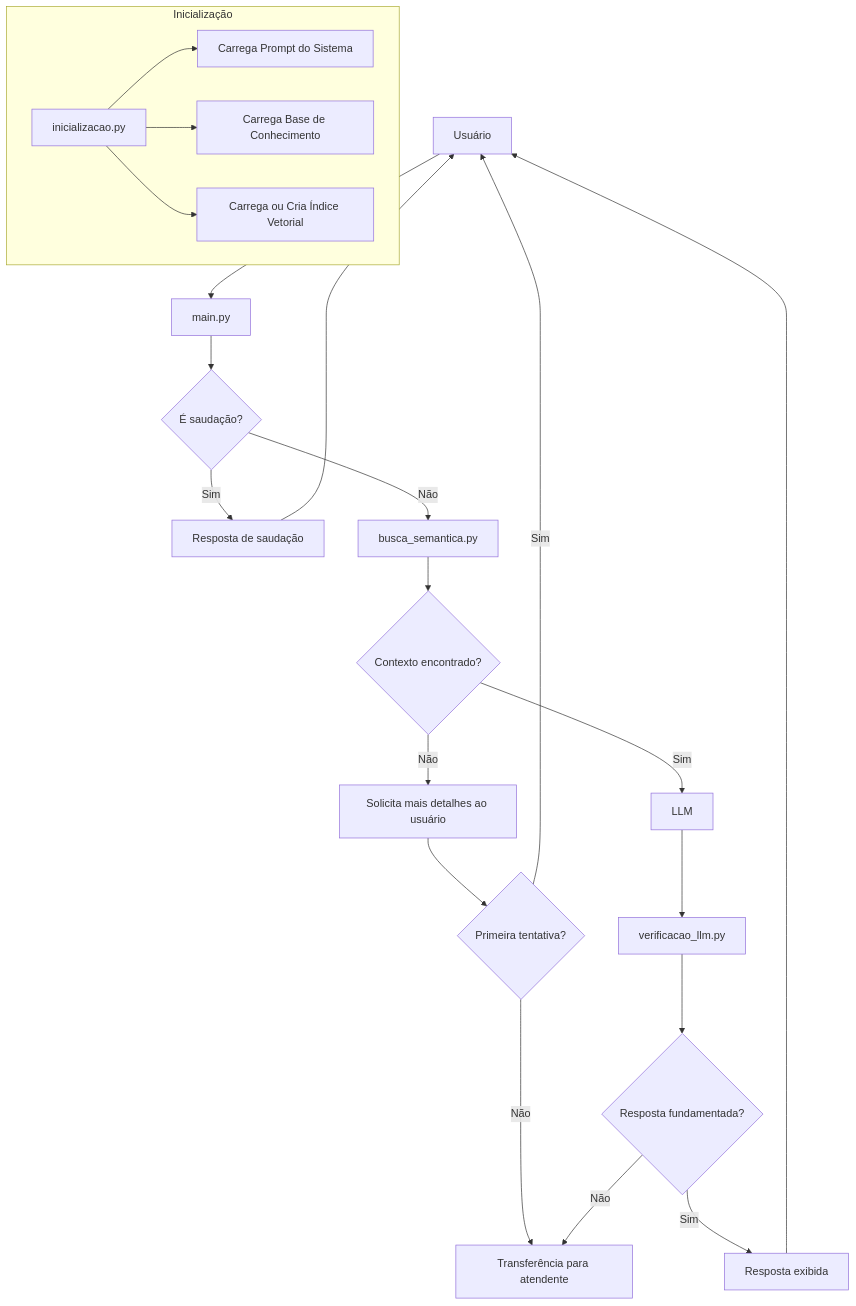
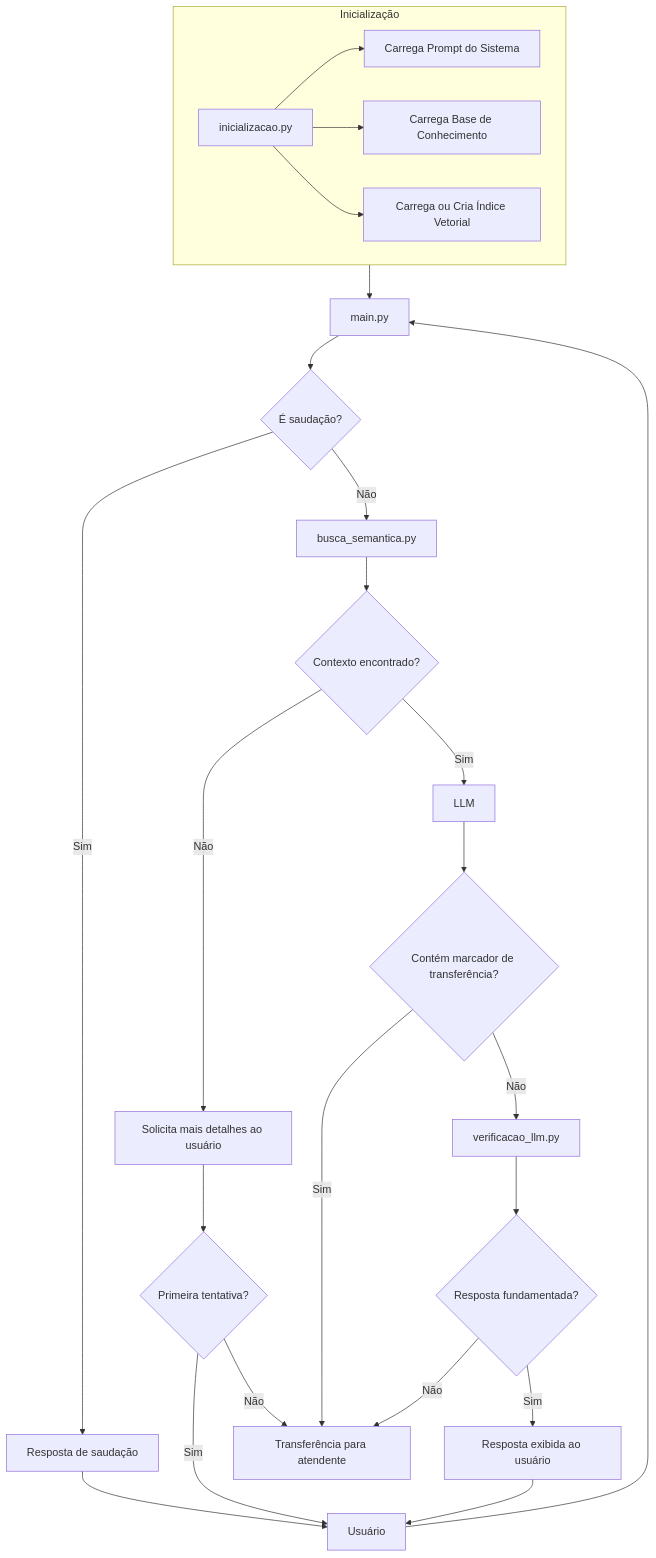
Before and after one commit to igormuccio/max-assistente: the diagram in README.md, drawn with Mermaid. The commit also changed other lines of this file, not shown here.

Commit message:
Adiciona chamada de destaque ao EXPERIMENTS.md e titulos nos exemplos de conversa

````diff
--- a/README.md
+++ b/README.md
@@ -35,41 +55,36 @@
 ```mermaid
 flowchart TD
+    Usuario[Usuário]
+    mainpy[main.py]
 
-    %% Inicialização
-    subgraph Inicialização
-        A[inicializacao.py]
-        A --> B[Carrega Prompt do Sistema]
-        A --> C[Carrega Base de Conhecimento]
-        A --> D[Carrega ou Cria Índice Vetorial]
+    subgraph Inicializacao [Inicialização]
+        inicializacaopy[inicializacao.py] --> CarregaPrompt[Carrega Prompt do Sistema]
+        inicializacaopy --> CarregaBase[Carrega Base de Conhecimento]
+        inicializacaopy --> CarregaIndice[Carrega ou Cria Índice Vetorial]
     end
 
-    %% Fluxo principal
-    U[Usuário] --> M[main.py]
+    Inicializacao --> mainpy
+    Usuario --> mainpy
+    mainpy --> Saudacao{É saudação?}
 
-    M --> S{É saudação?}
+    Saudacao -->|Sim| RespostaSaudacao[Resposta de saudação]
+    RespostaSaudacao --> Usuario
 
-    S -- Sim --> G[Resposta de saudação]
-    G --> U
+    Saudacao -->|Não| buscapy[busca_semantica.py]
+    buscapy --> ContextoEncontrado{Contexto encontrado?}
 
-    S -- Não --> R[busca_semantica.py]
+    ContextoEncontrado -->|Não| SolicitaDetalhes[Solicita mais detalhes ao usuário]
+    SolicitaDetalhes --> PrimeiraTentativa{Primeira tentativa?}
+    PrimeiraTentativa -->|Sim| Usuario
+    PrimeiraTentativa -->|Não| Transferencia[Transferência para atendente]
 
-    R --> T{Contexto encontrado?}
+    ContextoEncontrado -->|Sim| LLM[LLM]
+    LLM --> MarcadorTransferencia{Contém marcador de transferência?}
+    MarcadorTransferencia -->|Sim| Transferencia
+    MarcadorTransferencia -->|Não| verificacaopy[verificacao_llm.py]
 
-    T -- Não --> V[Solicita mais detalhes ao usuário]
-
-    V --> F{Primeira tentativa?}
-
-    F -- Sim --> U
-    F -- Não --> X[Transferência para atendente]
-
-    T -- Sim --> L[LLM]
-
-    L --> W[verificacao_llm.py]
-
-    W --> Y{Resposta fundamentada?}
-
-    Y -- Sim --> Z[Resposta exibida]
-    Z --> U
-
-    Y -- Não --> X
+    verificacaopy --> RespostaFundamentada{Resposta fundamentada?}
+    RespostaFundamentada -->|Não| Transferencia
+    RespostaFundamentada -->|Sim| RespostaExibida[Resposta exibida ao usuário]
+    RespostaExibida --> Usuario
 ```
````
